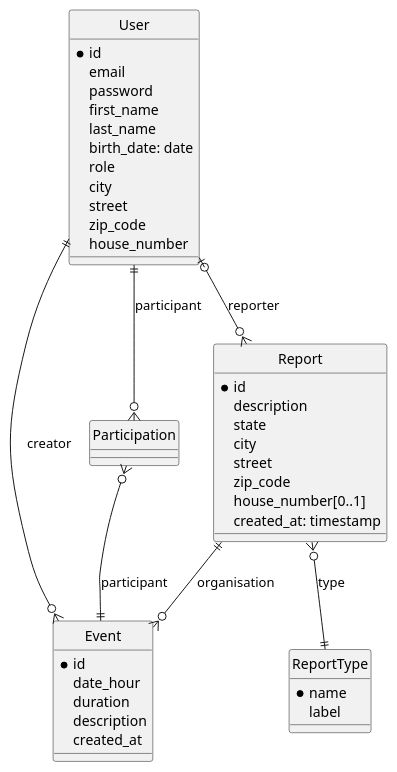
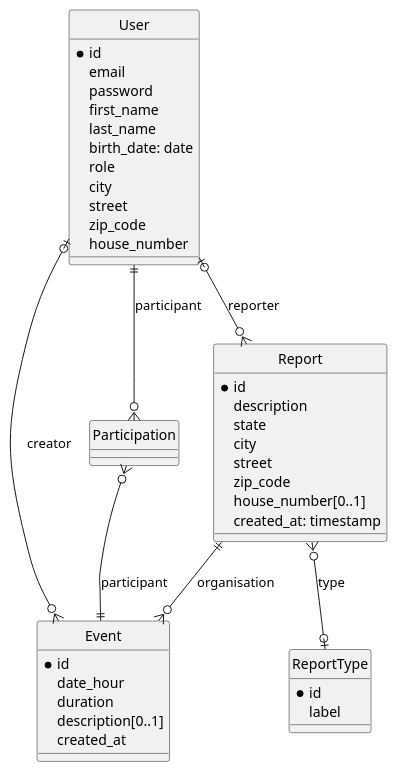
One commit to ThibBer/smartcity_api changed the diagram in schemas/database_EA.puml. Above: the diagram before and after it, drawn with PlantUML. The commit also changed 10 other files, not shown here.

```diff
--- a/schemas/database_EA.puml
+++ b/schemas/database_EA.puml
@@ -1,53 +1,53 @@
 @startuml
 hide circle
 
 entity User{
     * id
     email
     password
     first_name
     last_name
     birth_date: date
     role
     city
     street
     zip_code
     house_number
 }
 
 entity Participation {
 
 }
 
 entity Report {
     * id
     description
     state
     city
     street
     zip_code
     house_number[0..1]
     created_at: timestamp
 }
 
 entity Event {
     * id
     date_hour
     duration
-    description
+    description[0..1]
     created_at
 }
 
 entity ReportType {
-    * name
+    * id
     label
 }
 
 User |o--o{ Report : reporter
 Report ||--o{ Event : organisation
 User ||--o{ Participation : participant
 Participation }o--|| Event : participant
-User ||--o{ Event : creator
-Report }o--|| ReportType : type
+User |o--o{ Event : creator
+Report }o--o| ReportType : type
 
 @enduml
```
